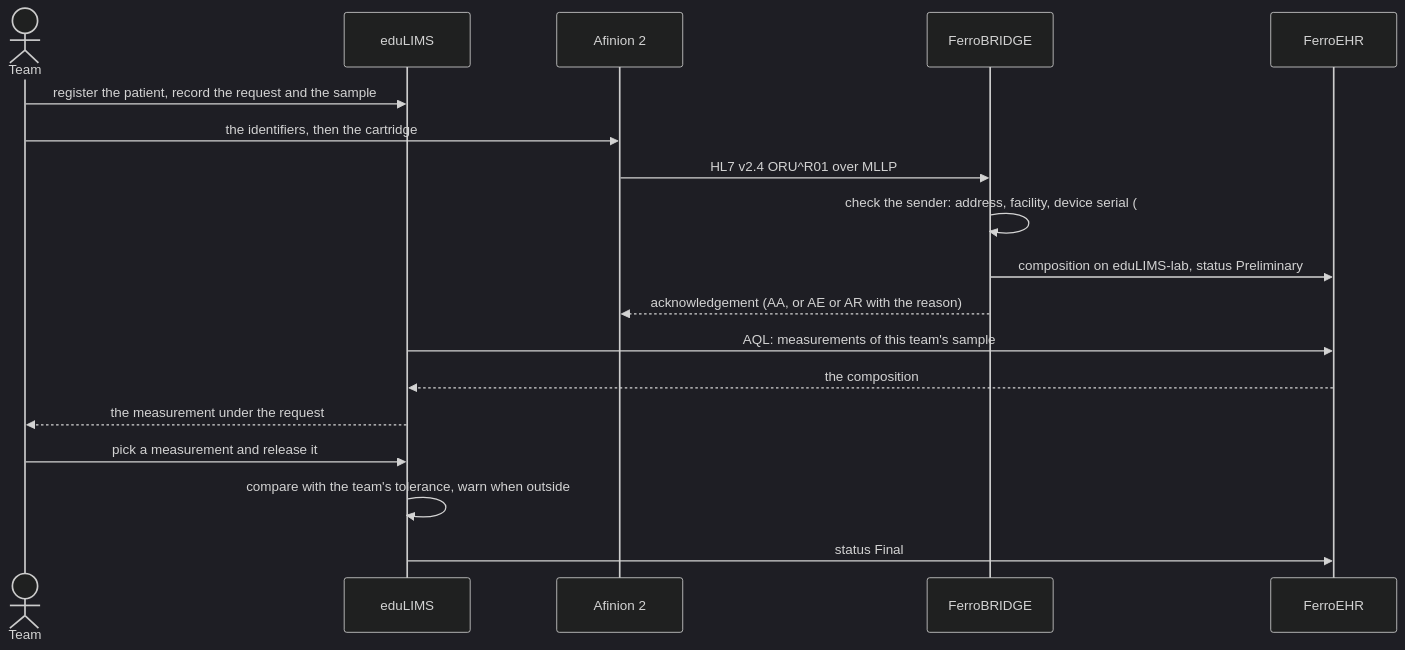
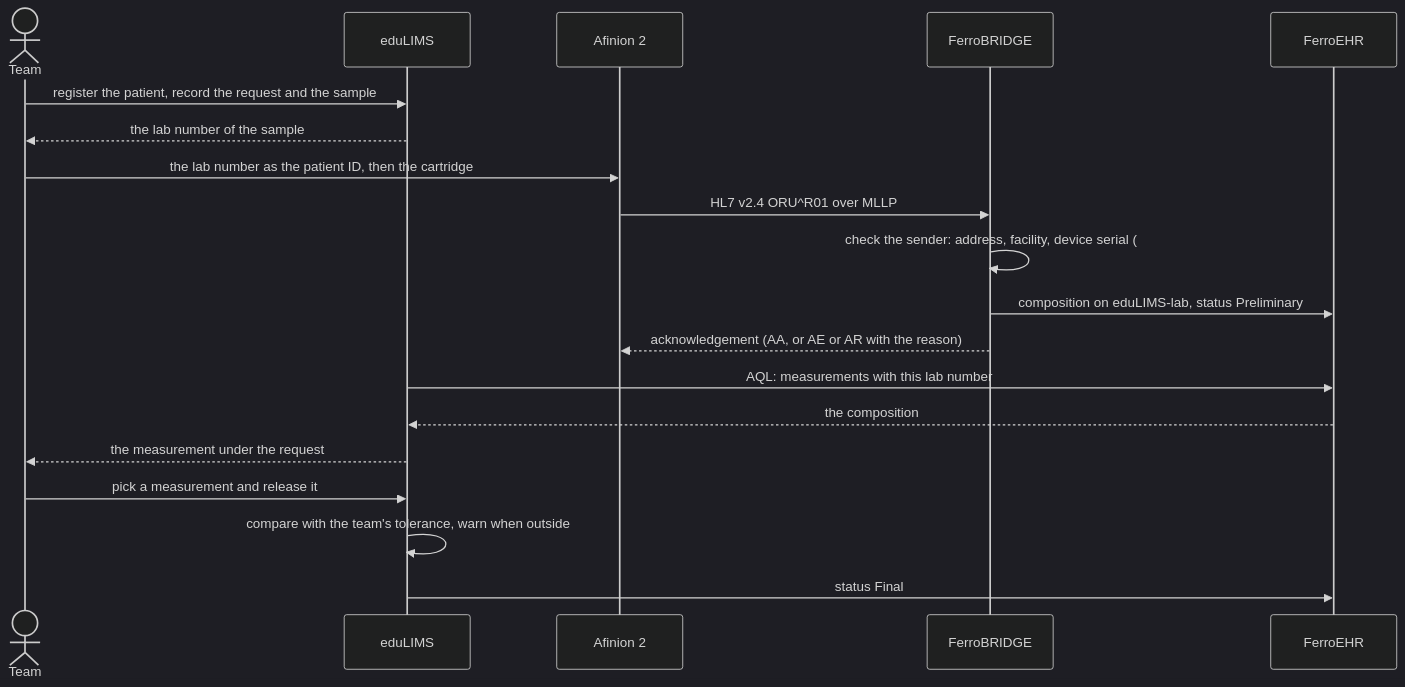
One commit to Vernum-Projecten/eduLIMS changed the third of 5 diagrams in docs/lims-workflow.md. Above: the diagram before and after it, drawn with Mermaid (dark theme). The commit also changed other lines of this file and 27 other files, not shown here.

First line of the commit message:
docs: the owner's answers on the lab number, the final release, control requests and what waits (#277)

````diff
--- a/docs/lims-workflow.md
+++ b/docs/lims-workflow.md
@@ -90,21 +113,22 @@
 ```mermaid
 sequenceDiagram
     actor T as Team
     participant E as eduLIMS
     participant A as Afinion 2
     participant B as FerroBRIDGE
     participant F as FerroEHR
 
     T->>E: register the patient, record the request and the sample
-    T->>A: the identifiers, then the cartridge
+    E-->>T: the lab number of the sample
+    T->>A: the lab number as the patient ID, then the cartridge
     A->>B: HL7 v2.4 ORU^R01 over MLLP
     B->>B: check the sender: address, facility, device serial (#210)
     B->>F: composition on eduLIMS-lab, status Preliminary
     B-->>A: acknowledgement (AA, or AE or AR with the reason)
-    E->>F: AQL: measurements of this team's sample
+    E->>F: AQL: measurements with this lab number
     F-->>E: the composition
     E-->>T: the measurement under the request
     T->>E: pick a measurement and release it
     E->>E: compare with the team's tolerance, warn when outside
     E->>F: status Final
 ```
````
